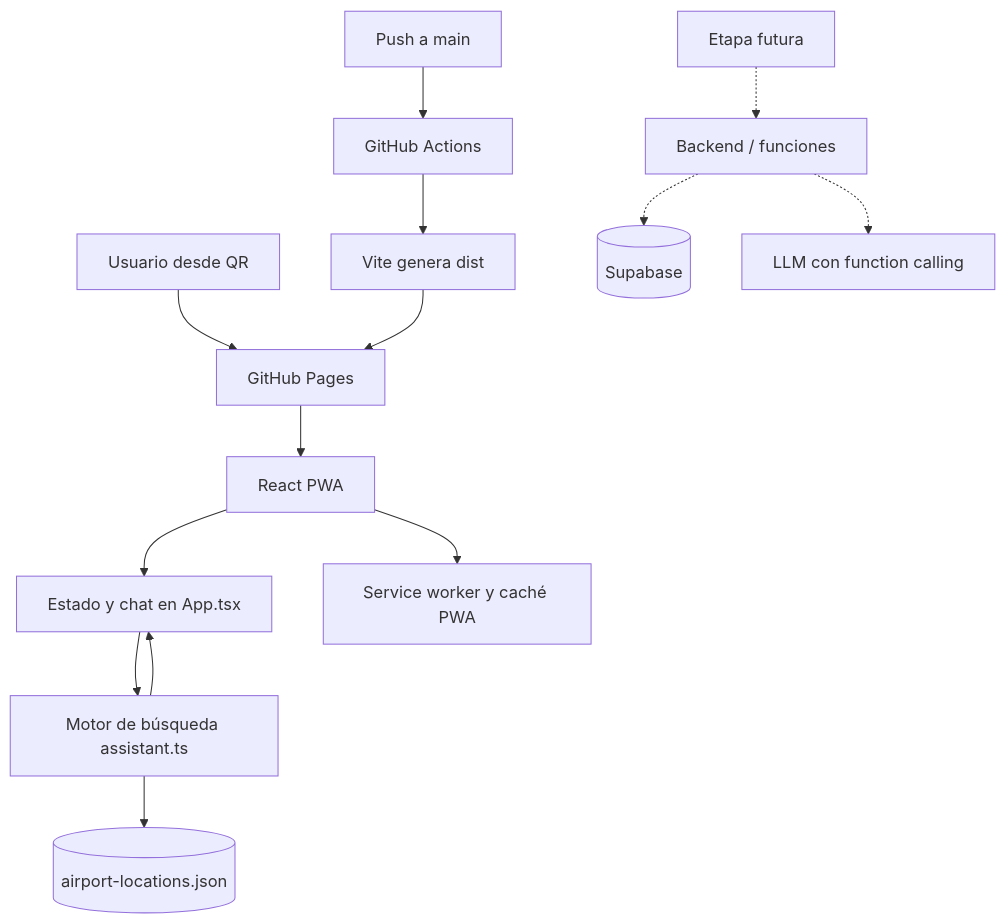
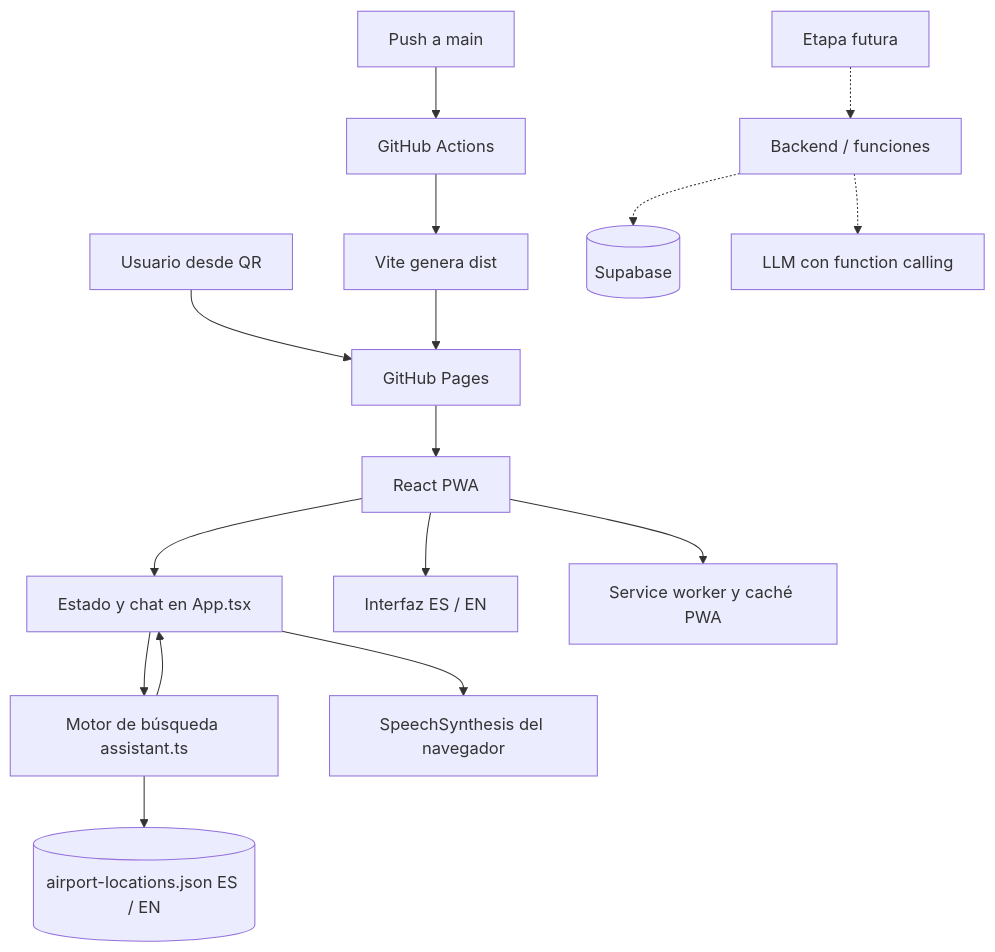
Before and after one commit to Mafer512/GUIA-AIFA: the diagram in README.md, drawn with Mermaid. The commit also changed other lines of this file and 11 other files, not shown here.

````diff
--- a/README.md
+++ b/README.md
@@ -32,17 +32,19 @@
 ```mermaid
 flowchart TD
     U[Usuario desde QR] --> P[GitHub Pages]
     P --> UI[React PWA]
     UI --> CHAT[Estado y chat en App.tsx]
+    UI --> I18N[Interfaz ES / EN]
     CHAT --> ENGINE[Motor de búsqueda assistant.ts]
-    ENGINE --> DATA[(airport-locations.json)]
+    ENGINE --> DATA[(airport-locations.json ES / EN)]
     ENGINE --> CHAT
+    CHAT --> VOICE[SpeechSynthesis del navegador]
     UI --> SW[Service worker y caché PWA]
     DEV[Push a main] --> GHA[GitHub Actions]
     GHA --> BUILD[Vite genera dist]
     BUILD --> P
 
     FUTURE[Etapa futura] -.-> API[Backend / funciones]
     API -.-> DB[(Supabase)]
     API -.-> LLM[LLM con function calling]
 ```
````
